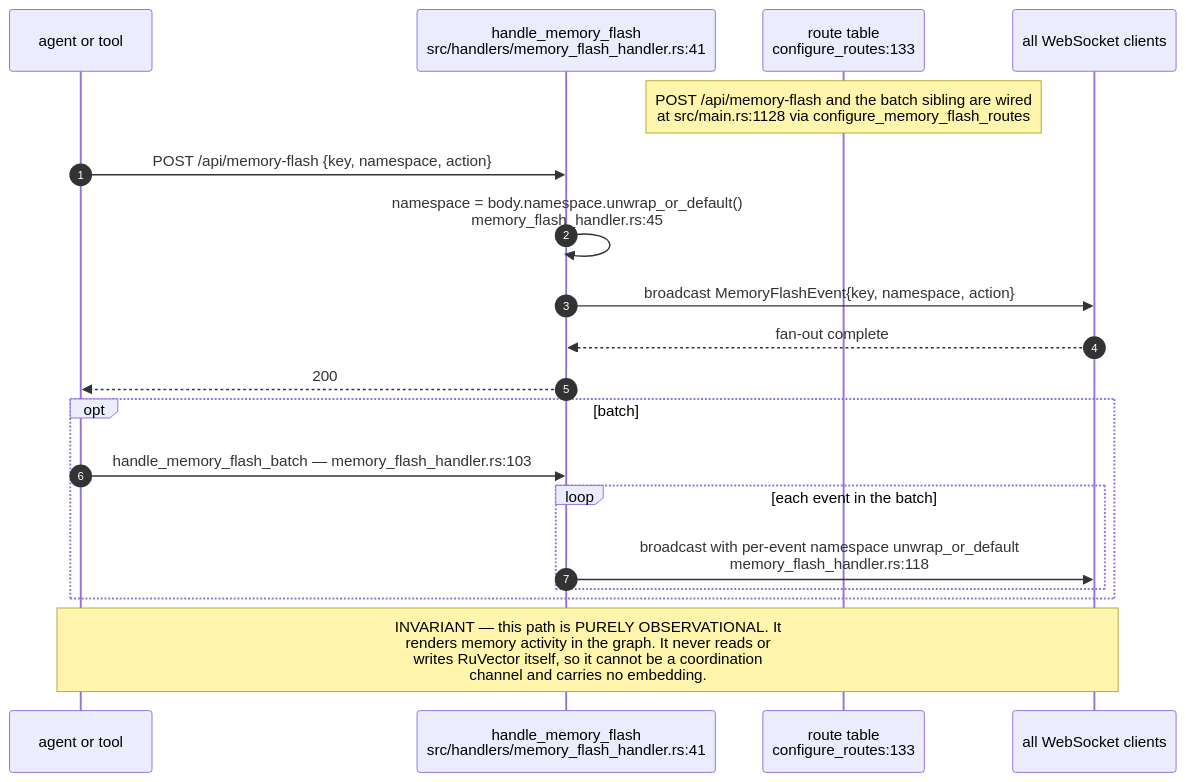
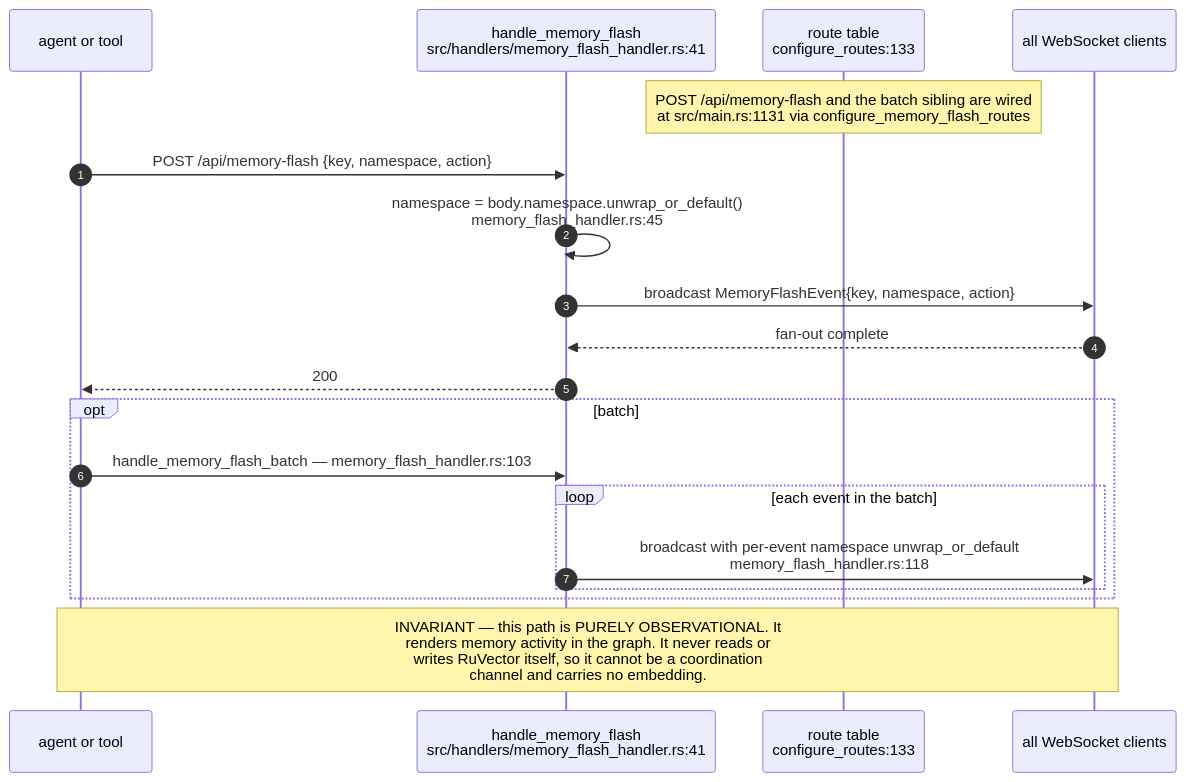
One commit to DreamLab-AI/AR-AI-Knowledge-Graph changed the sixth of 9 diagrams in docs/diagrams/estate/07-memory-and-embedding-estate.md. Above: the diagram before and after it, drawn with Mermaid. The commit also changed other lines of this file and 73 other files, not shown here.

First line of the commit message:
docs(diagrams): re-verify all 71 topic files against HEAD; add --cite-check

````diff
--- a/docs/diagrams/estate/07-memory-and-embedding-estate.md
+++ b/docs/diagrams/estate/07-memory-and-embedding-estate.md
@@ -183,22 +183,22 @@
 ```mermaid
 sequenceDiagram
     autonumber
     participant AG as agent or tool
     participant H as handle_memory_flash<br/>src/handlers/memory_flash_handler.rs:41
     participant R as route table<br/>configure_routes:133
     participant WS as all WebSocket clients
 
-    Note over R: POST /api/memory-flash and the batch sibling are wired<br/>at src/main.rs:1128 via configure_memory_flash_routes
+    Note over R: POST /api/memory-flash and the batch sibling are wired<br/>at src/main.rs:1131 via configure_memory_flash_routes
     AG->>H: POST /api/memory-flash {key, namespace, action}
     H->>H: namespace = body.namespace.unwrap_or_default()<br/>memory_flash_handler.rs:45
     H->>WS: broadcast MemoryFlashEvent{key, namespace, action}
     WS-->>H: fan-out complete
     H-->>AG: 200
     opt batch
         AG->>H: handle_memory_flash_batch — memory_flash_handler.rs:103
         loop each event in the batch
             H->>WS: broadcast with per-event namespace unwrap_or_default<br/>memory_flash_handler.rs:118
         end
     end
     Note over AG,WS: INVARIANT — this path is PURELY OBSERVATIONAL. It<br/>renders memory activity in the graph. It never reads or<br/>writes RuVector itself, so it cannot be a coordination<br/>channel and carries no embedding.
 ```
````
